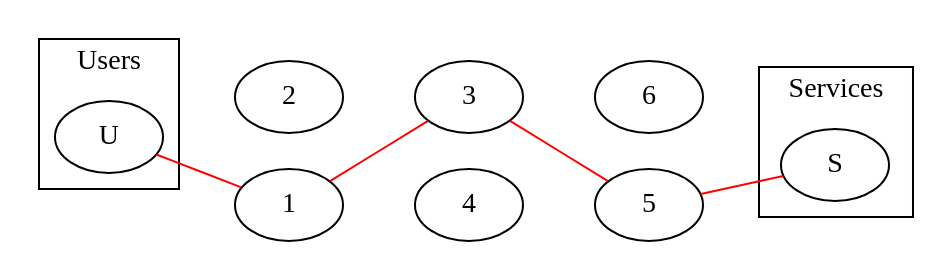
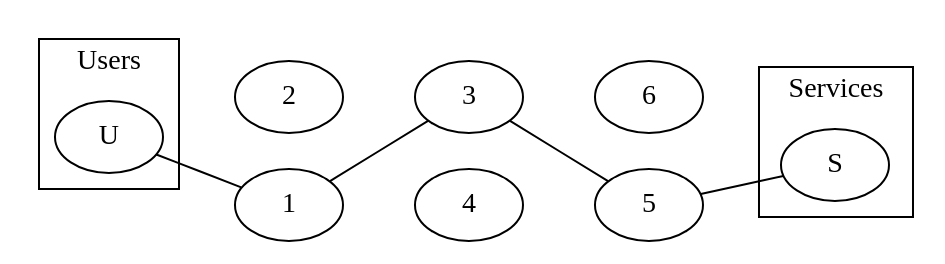
The diagram in graph/tor.dot (Kiyotoko/anonymous-communication-systems), drawn with Graphviz before and after one commit. The commit also changed 9 other files, not shown here.

Commit message:
Add overlay network graph

```diff
--- a/graph/tor.dot
+++ b/graph/tor.dot
@@ -1,30 +1,30 @@
 graph {
 	rankdir=LR
 
 	{U} -- {2} -- {3 4} -- {6} -- {S} [style=invis]
 
 	{1} -- {4} -- {5} [style=invis]
 
-	{U} -- {1} -- {3} -- {5} -- {S} [color=red]
+	{U} -- {1} -- {3} -- {5} -- {S}
 	
 	subgraph {
 		cluster=true
 		label="Users"
 	
 		U
 	}
 	
 	subgraph {
 		cluster=true
 		label="Services"
 	
 		S
 	}
 	
 	subgraph {
 		label="Tor Nodes"
 	
 		1 2 3
 		4 5 6
 	}
 }
```
